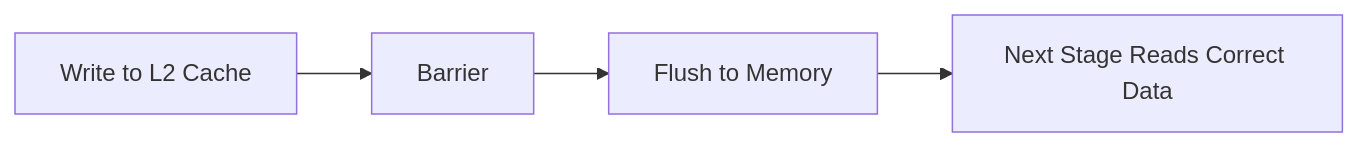
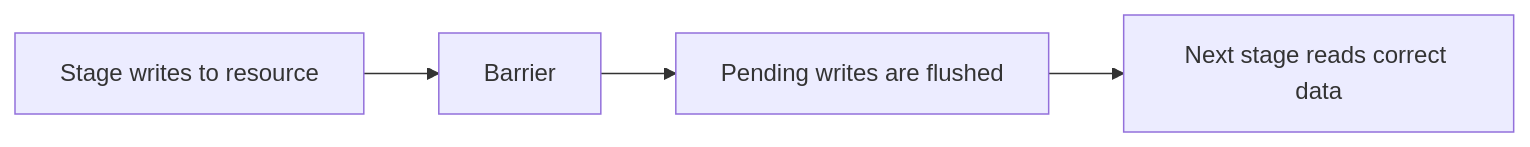
The second of 5 diagrams in _posts/Vulkan/2025-04-13-VulkanMemoryBarriers.md (XanderBert/xanderbert.github.io), drawn with Mermaid before and after one commit. The commit also changed other lines of this file and 21 other files, not shown here.

````diff
--- a/_posts/Vulkan/2025-04-13-VulkanMemoryBarriers.md
+++ b/_posts/Vulkan/2025-04-13-VulkanMemoryBarriers.md
@@ -31,5 +43,5 @@
 ```mermaid
-flowchart LR  
-    A[Write to L2 Cache] --> B[Barrier] --> C[Flush to Memory]  
-    C --> D[Next Stage Reads Correct Data]   
+flowchart LR
+    A[Stage writes to resource] --> B[Barrier] --> C[Pending writes are flushed]
+    C --> D[Next stage reads correct data]
 ```
````
